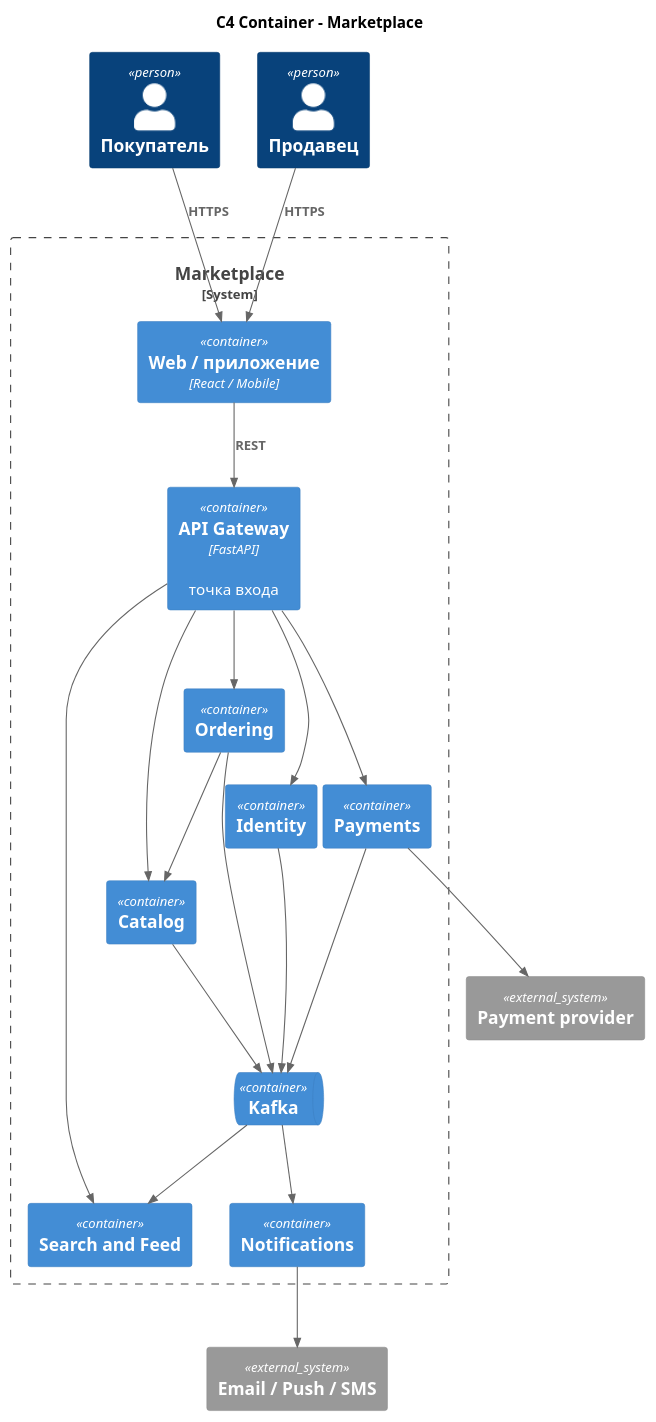
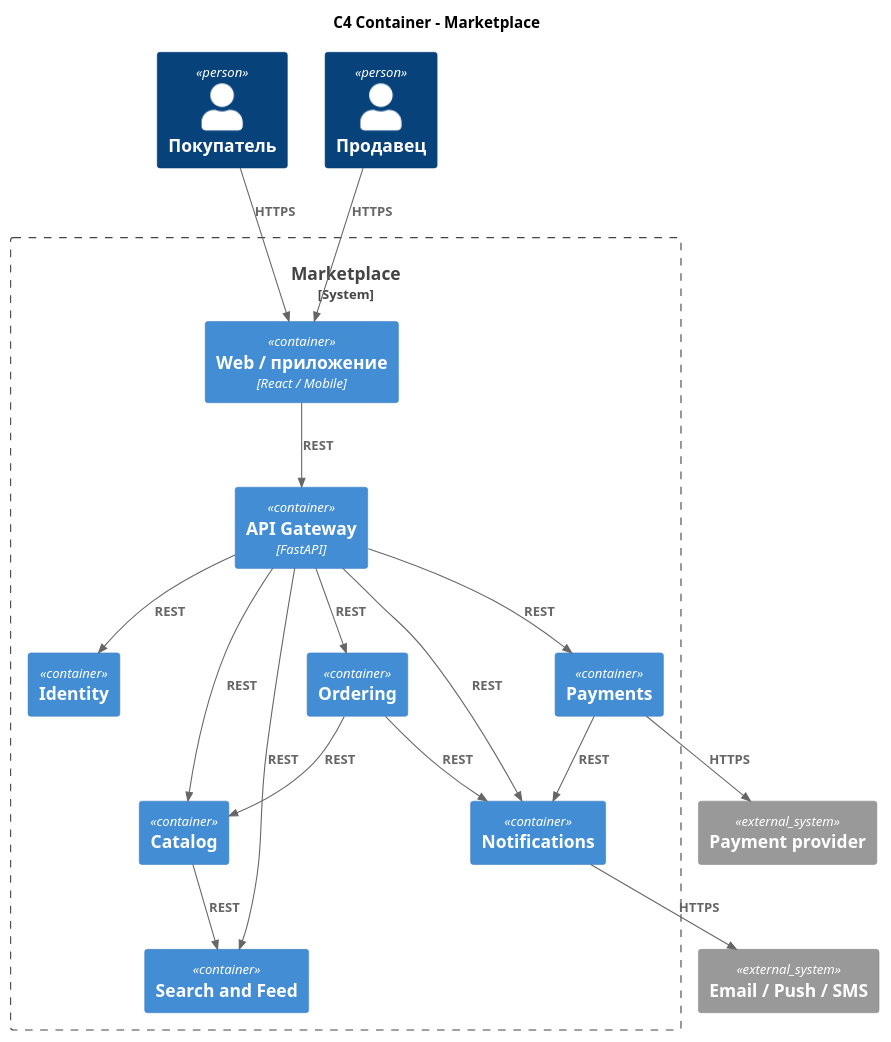
One commit to DaryaAndryeva/hw-1-Marketplace changed the diagram in diagrams/c4-container.puml. Above: the diagram before and after it, drawn with PlantUML. The commit also changed 1 other file, not shown here.

```diff
--- a/diagrams/c4-container.puml
+++ b/diagrams/c4-container.puml
@@ -1,48 +1,45 @@
 @startuml C4-Container-Marketplace
 !include https://raw.githubusercontent.com/plantuml-stdlib/C4-PlantUML/master/C4_Container.puml
 
 title C4 Container - Marketplace
 
 Person(buyer, "Покупатель")
 Person(seller, "Продавец")
 
 System_Boundary(mp, "Marketplace") {
 
     Container(web, "Web / приложение", "React / Mobile", "")
-    Container(gw, "API Gateway", "FastAPI", "точка входа")
+    Container(gw, "API Gateway", "FastAPI", "")
 
     Container(identity, "Identity", "", "")
     Container(catalog, "Catalog", "", "")
     Container(feed, "Search and Feed", "", "")
     Container(order, "Ordering", "", "")
     Container(payment, "Payments", "", "")
     Container(notify, "Notifications", "", "")
 
-    ContainerQueue(bus, "Kafka", "", "")
 }
 
 System_Ext(psp, "Payment provider")
 System_Ext(ch, "Email / Push / SMS")
 
 Rel(buyer, web, "HTTPS")
 Rel(seller, web, "HTTPS")
 Rel(web, gw, "REST")
 
-Rel(gw, identity, "")
-Rel(gw, catalog, "")
-Rel(gw, feed, "")
-Rel(gw, order, "")
-Rel(gw, payment, "")
+Rel(gw, identity, "REST")
+Rel(gw, catalog, "REST")
+Rel(gw, feed, "REST")
+Rel(gw, order, "REST")
+Rel(gw, payment, "REST")
+Rel(gw, notify, "REST")
 
-Rel(catalog, bus, "")
-Rel(order, bus, "")
-Rel(identity, bus, "")
-Rel(payment, bus, "")
-Rel(bus, feed, "")
-Rel(bus, notify, "")
+Rel(order, catalog, "REST")
+Rel(catalog, feed, "REST")
+Rel(order, notify, "REST")
+Rel(payment, notify, "REST")
 
-Rel(order, catalog, "")
-Rel(payment, psp, "")
-Rel(notify, ch, "")
+Rel(payment, psp, "HTTPS")
+Rel(notify, ch, "HTTPS")
 
 @enduml
```
